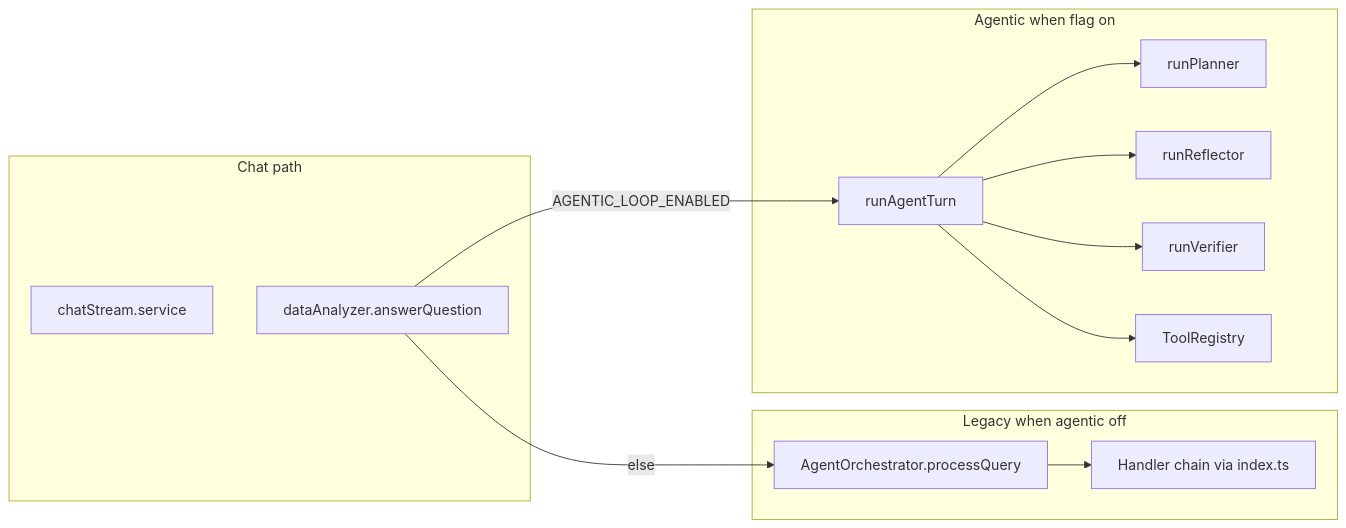
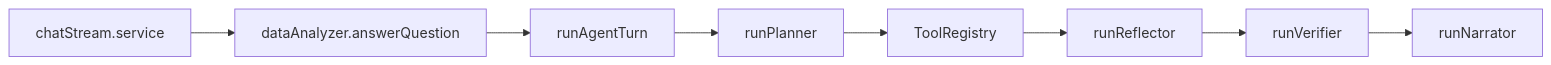
One commit to Finzarc-Piyush/RAG-InsightingTool changed the diagram in docs/agents-architecture-inventory.md. Above: the diagram before and after it, drawn with Mermaid. The commit also changed other lines of this file and 386 other files, not shown here.

````diff
--- a/docs/agents-architecture-inventory.md
+++ b/docs/agents-architecture-inventory.md
@@ -21,26 +30,13 @@
 ```mermaid
 flowchart LR
-  subgraph chatPath [Chat path]
-    CS[chatStream.service]
-    DA[dataAnalyzer.answerQuestion]
-  end
-  subgraph legacyLayer [Legacy when agentic off]
-    OR[AgentOrchestrator.processQuery]
-    H[Handler chain via index.ts]
-  end
-  subgraph agenticLayer [Agentic when flag on]
-    AL[runAgentTurn]
-    PL[runPlanner]
-    RF[runReflector]
-    VF[runVerifier]
-    TR[ToolRegistry]
-  end
-  chatPath --> DA
-  DA -->|AGENTIC_LOOP_ENABLED| AL
-  DA -->|else| OR
-  OR --> H
-  AL --> PL
-  AL --> TR
-  AL --> RF
-  AL --> VF
+  CS[chatStream.service]
+  DA[dataAnalyzer.answerQuestion]
+  AL[runAgentTurn]
+  PL[runPlanner]
+  TR[ToolRegistry]
+  RF[runReflector]
+  VF[runVerifier]
+  NA[runNarrator]
+  CS --> DA --> AL
+  AL --> PL --> TR --> RF --> VF --> NA
 ```
````
